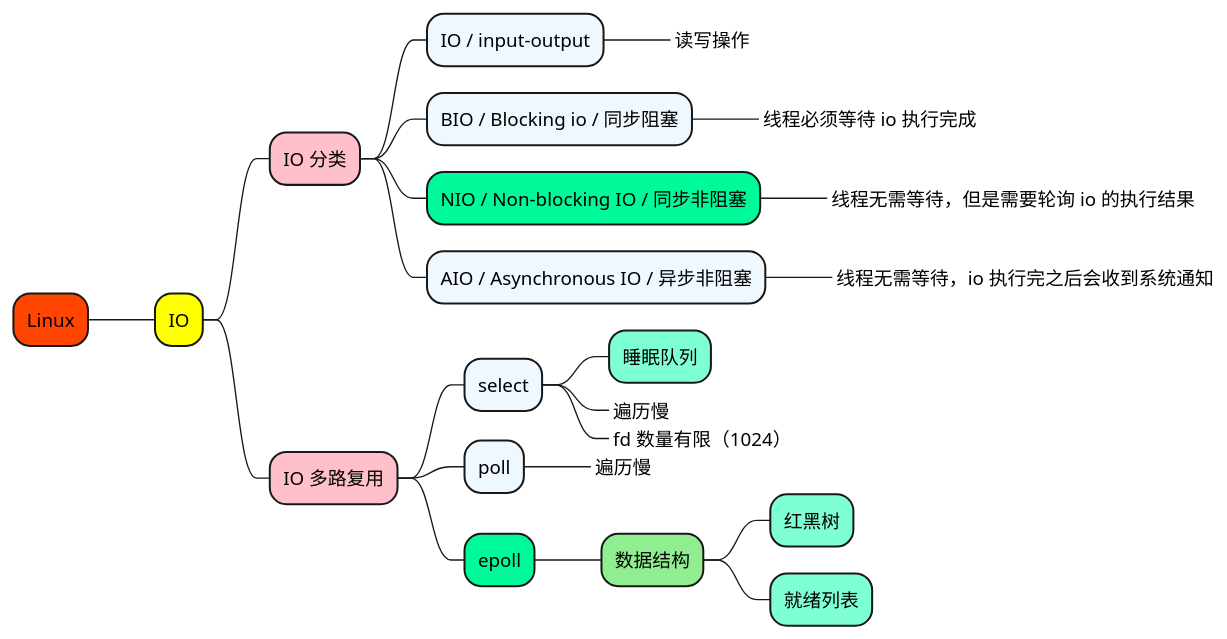
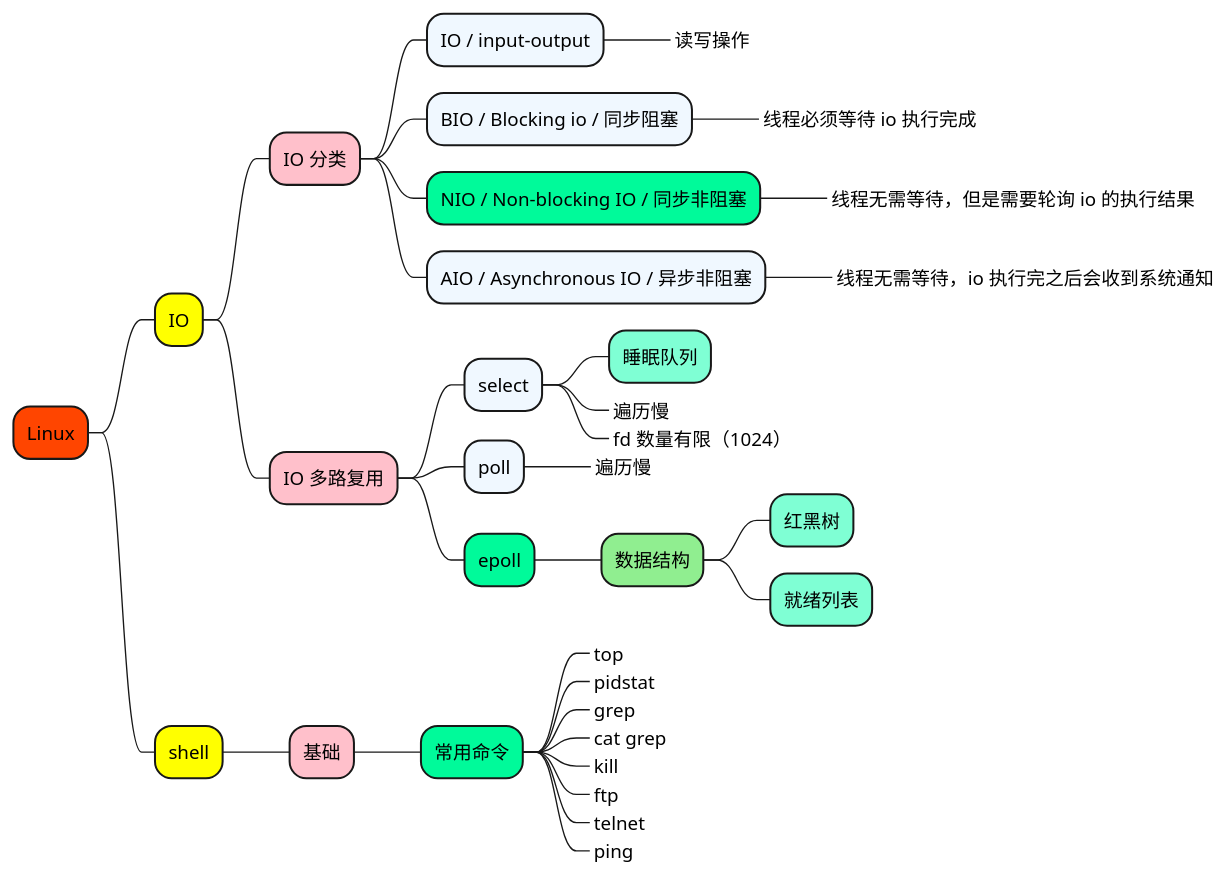
Before and after one commit to doveg/self-cultivation-of-a-software-engineer: the diagram in 1_map/server/Linux.puml, drawn with PlantUML.

```diff
--- a/1_map/server/Linux.puml
+++ b/1_map/server/Linux.puml
@@ -1,33 +1,49 @@
 @startmindmap
 
 +[#OrangeRed] Linux
 
 ++[#yellow] IO
 
 +++[#Pink] IO 分类
 ++++[#AliceBlue] IO / input-output
 +++++_ 读写操作
 ++++[#AliceBlue] BIO / Blocking io / 同步阻塞
 +++++_ 线程必须等待 io 执行完成
 ++++[#MediumSpringGreen] NIO / Non-blocking IO / 同步非阻塞
 +++++_ 线程无需等待，但是需要轮询 io 的执行结果
 ++++[#AliceBlue] AIO / Asynchronous IO / 异步非阻塞
 +++++_ 线程无需等待，io 执行完之后会收到系统通知
 
 +++[#Pink] IO 多路复用
 
 ++++[#AliceBlue] select
 +++++[#Aquamarine] 睡眠队列
 +++++[#Aquamarine]_ 遍历慢
 +++++[#Aquamarine]_ fd 数量有限（1024）
 
 ++++[#AliceBlue] poll
 +++++[#Aquamarine]_ 遍历慢
 
 ++++[#MediumSpringGreen] epoll
 +++++[#LightGreen] 数据结构
 ++++++[#Aquamarine] 红黑树
 ++++++[#Aquamarine] 就绪列表
 
 
+++[#yellow] shell
+
++++[#Pink] 基础
+
+++++[#MediumSpringGreen] 常用命令
++++++[#GhostWhite]_ top
++++++[#GhostWhite]_ pidstat
++++++[#GhostWhite]_ grep
++++++[#GhostWhite]_ cat grep
++++++[#GhostWhite]_ kill
++++++[#GhostWhite]_ ftp
++++++[#GhostWhite]_ telnet
++++++[#GhostWhite]_ ping
+
+
+
 @endmindmap
```
